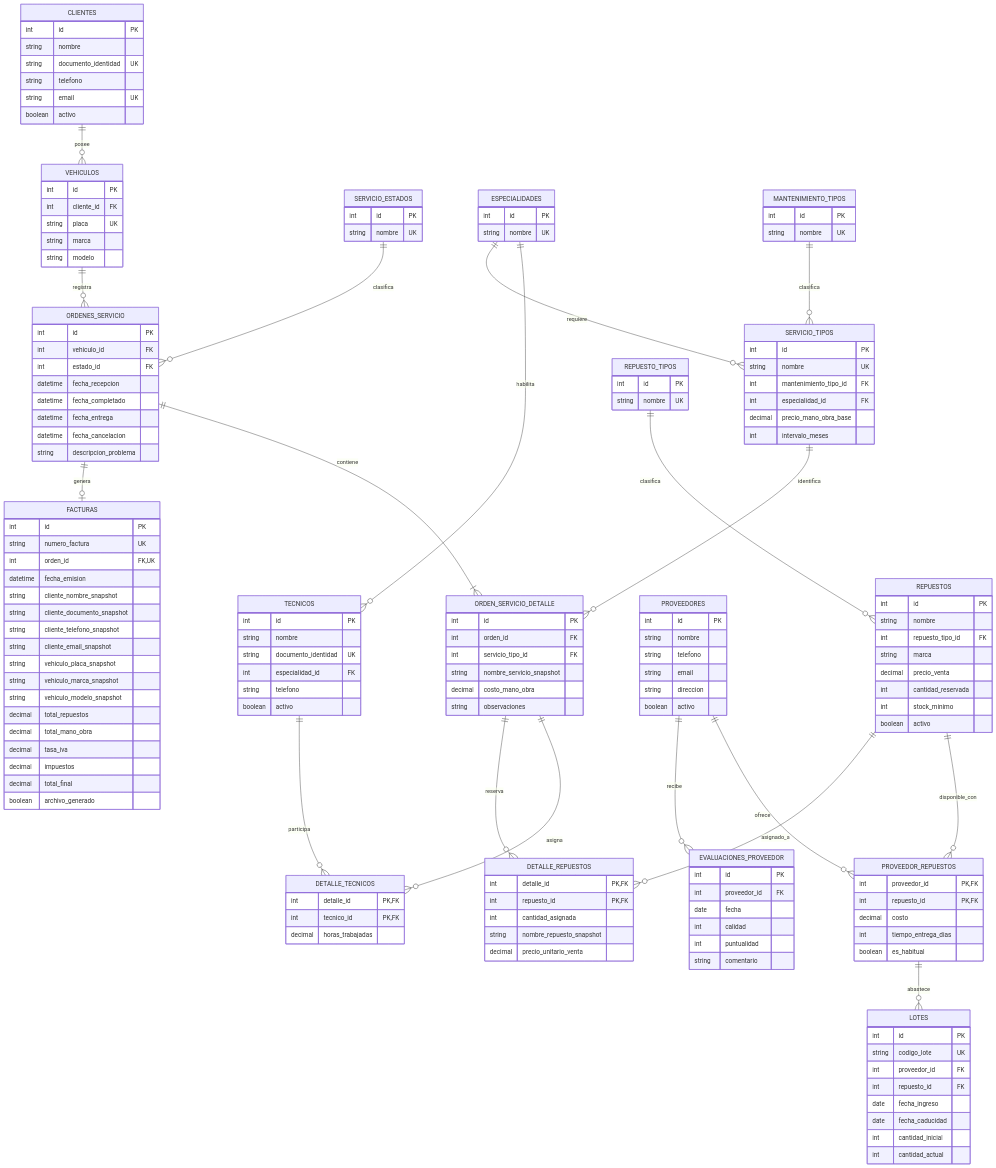
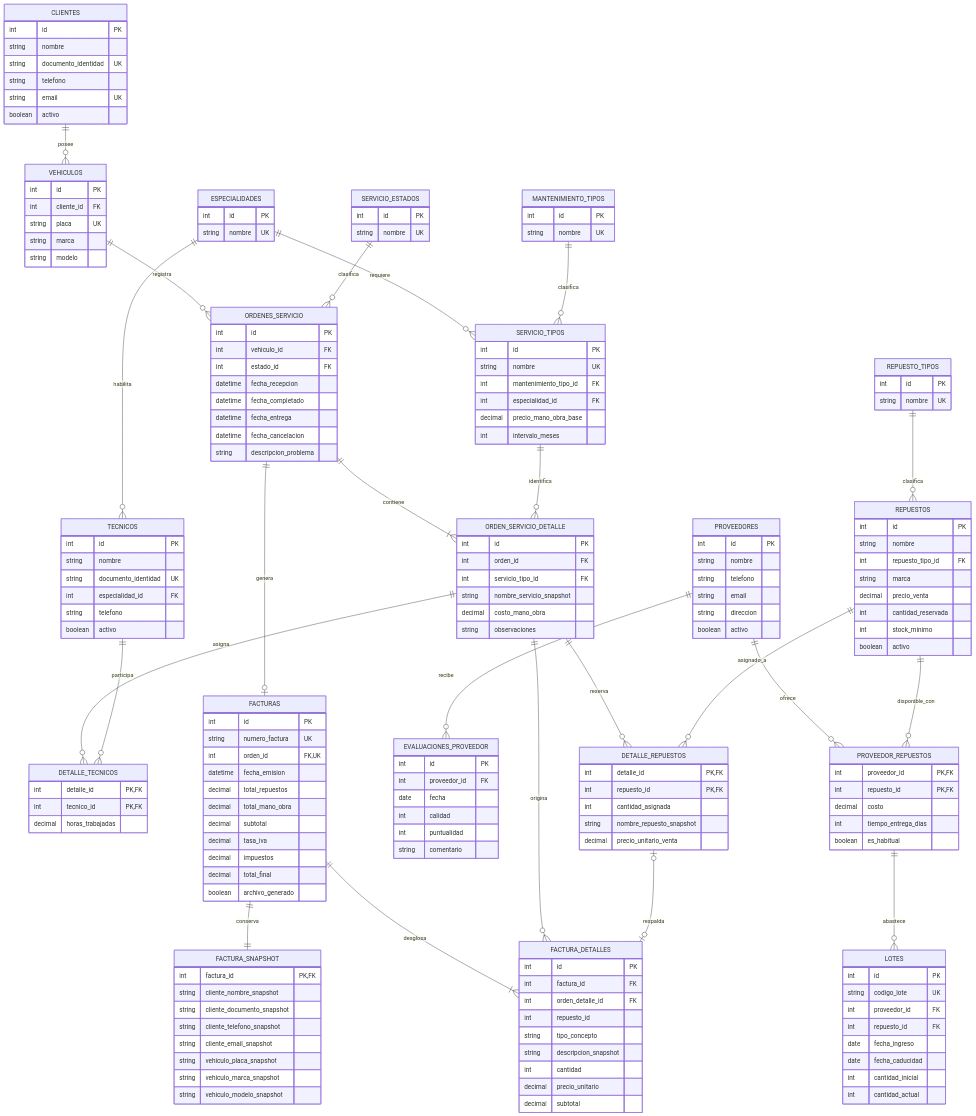
Before and after one commit to julio7879/Proyecto-Java-Grupo4: the diagram in docs/vault/02-Arquitectura/Modelo-Relacional.md, drawn with Mermaid. The commit also changed other lines of this file and 28 other files, not shown here.

First line of the commit message:
docs: update master document to v1.3 with normalized invoicing and UML

````diff
--- a/docs/vault/02-Arquitectura/Modelo-Relacional.md
+++ b/docs/vault/02-Arquitectura/Modelo-Relacional.md
@@ -33,6 +33,10 @@
     ORDEN_SERVICIO_DETALLE ||--o{ DETALLE_REPUESTOS : reserva
     REPUESTOS ||--o{ DETALLE_REPUESTOS : asignado_a
     ORDENES_SERVICIO ||--o| FACTURAS : genera
+    FACTURAS ||--|| FACTURA_SNAPSHOT : conserva
+    FACTURAS ||--|{ FACTURA_DETALLES : desglosa
+    ORDEN_SERVICIO_DETALLE ||--o{ FACTURA_DETALLES : origina
+    DETALLE_REPUESTOS o|--o| FACTURA_DETALLES : respalda
 
     CLIENTES {
         int id PK
@@ -159,6 +163,16 @@
         string numero_factura UK
         int orden_id FK, UK
         datetime fecha_emision
+        decimal total_repuestos
+        decimal total_mano_obra
+        decimal subtotal
+        decimal tasa_iva
+        decimal impuestos
+        decimal total_final
+        boolean archivo_generado
+    }
+    FACTURA_SNAPSHOT {
+        int factura_id PK, FK
         string cliente_nombre_snapshot
         string cliente_documento_snapshot
         string cliente_telefono_snapshot
@@ -166,11 +180,16 @@
         string vehiculo_placa_snapshot
         string vehiculo_marca_snapshot
         string vehiculo_modelo_snapshot
-        decimal total_repuestos
-        decimal total_mano_obra
-        decimal tasa_iva
-        decimal impuestos
-        decimal total_final
-        boolean archivo_generado
+    }
+    FACTURA_DETALLES {
+        int id PK
+        int factura_id FK
+        int orden_detalle_id FK
+        int repuesto_id
+        string tipo_concepto
+        string descripcion_snapshot
+        int cantidad
+        decimal precio_unitario
+        decimal subtotal
     }
 ```
````
